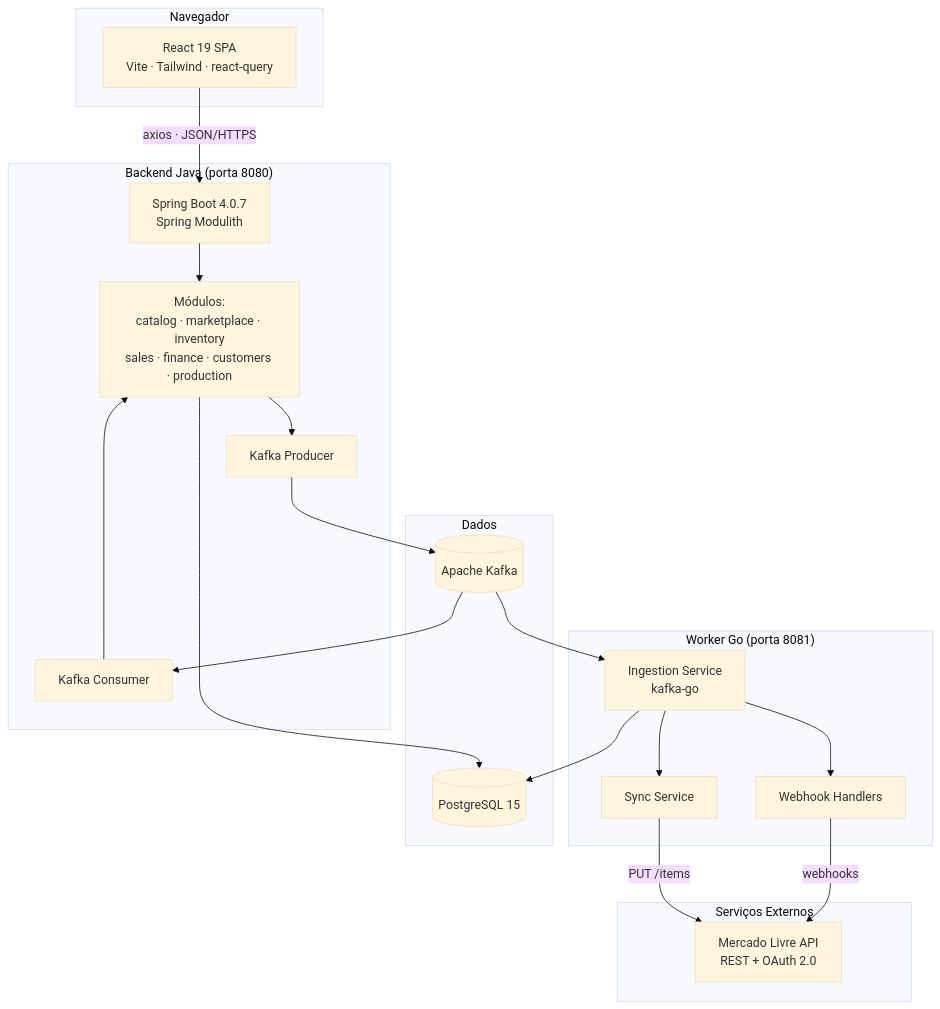
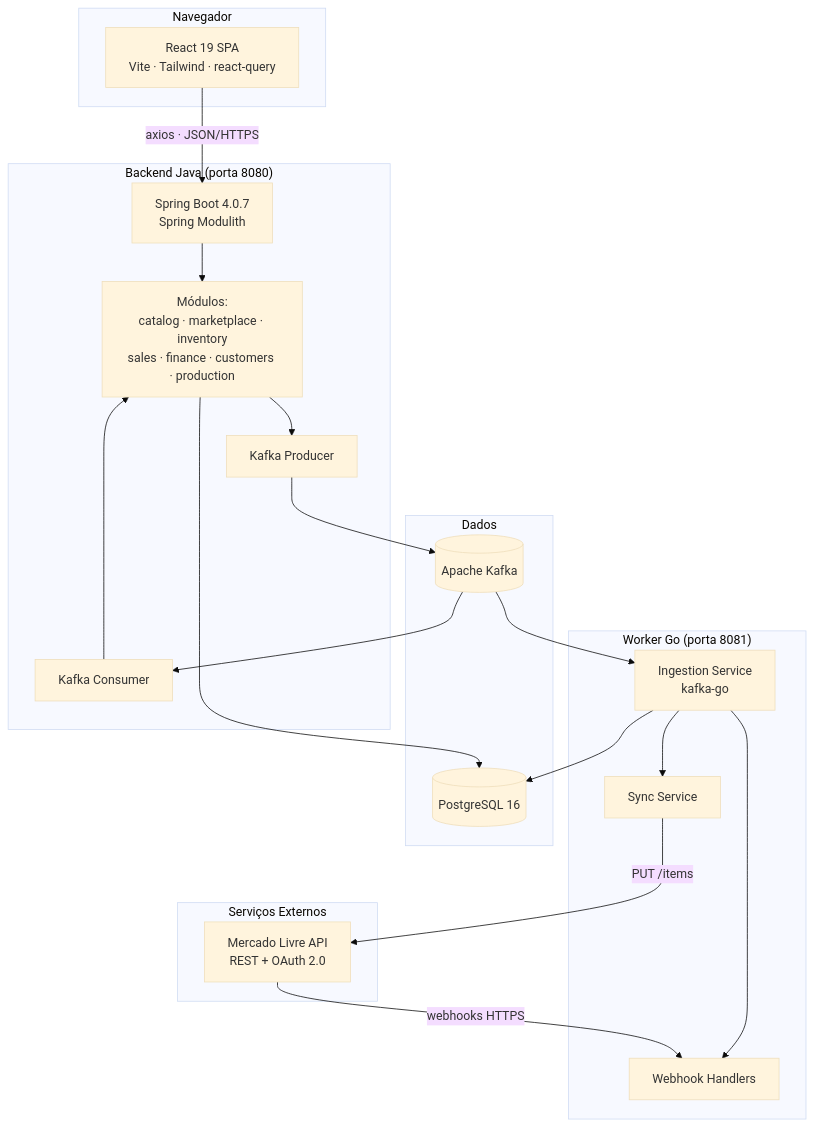
The third of 22 diagrams in README.md (jhowzin-dev/ERP), drawn with Mermaid (base theme) before and after one commit. The commit also changed other lines of this file and 1 other file, not shown here.

````diff
--- a/README.md
+++ b/README.md
@@ -201,42 +203,42 @@
 ```mermaid
 flowchart TB
     subgraph browser["Navegador"]
         FE["React 19 SPA<br/>Vite · Tailwind · react-query"]
     end
 
     subgraph backend["Backend Java (porta 8080)"]
         API["Spring Boot 4.0.7<br/>Spring Modulith"]
         MOD["Módulos:<br/>catalog · marketplace · inventory<br/>sales · finance · customers · production"]
         KAFKA_P["Kafka Producer"]
         KAFKA_C["Kafka Consumer"]
     end
 
     subgraph worker["Worker Go (porta 8081)"]
         GO["Ingestion Service<br/>kafka-go"]
         WH["Webhook Handlers"]
         SYNC["Sync Service"]
     end
 
     subgraph data["Dados"]
-        PG[("PostgreSQL 15")]
+        PG[("PostgreSQL 16")]
         KFK[("Apache Kafka")]
     end
 
     subgraph ext["Serviços Externos"]
         ML["Mercado Livre API<br/>REST + OAuth 2.0"]
     end
 
     FE -->|"axios · JSON/HTTPS"| API
     API --> MOD
     MOD --> KAFKA_P
     KAFKA_C --> MOD
     KAFKA_P --> KFK
     KFK --> KAFKA_C
     KFK --> GO
     GO --> WH
     GO --> SYNC
-    WH -->|"webhooks"| ML
+    ML -->|"webhooks HTTPS"| WH
     SYNC -->|"PUT /items"| ML
     MOD --> PG
     GO --> PG
 ```
````
